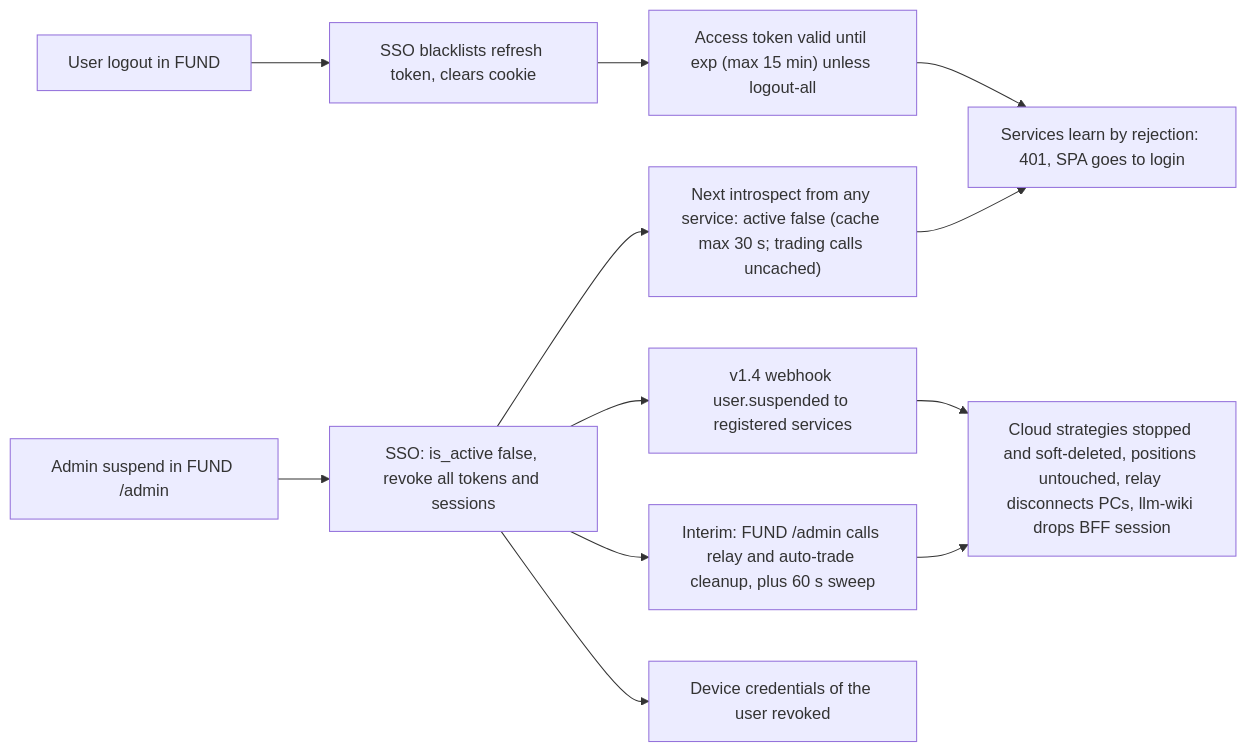
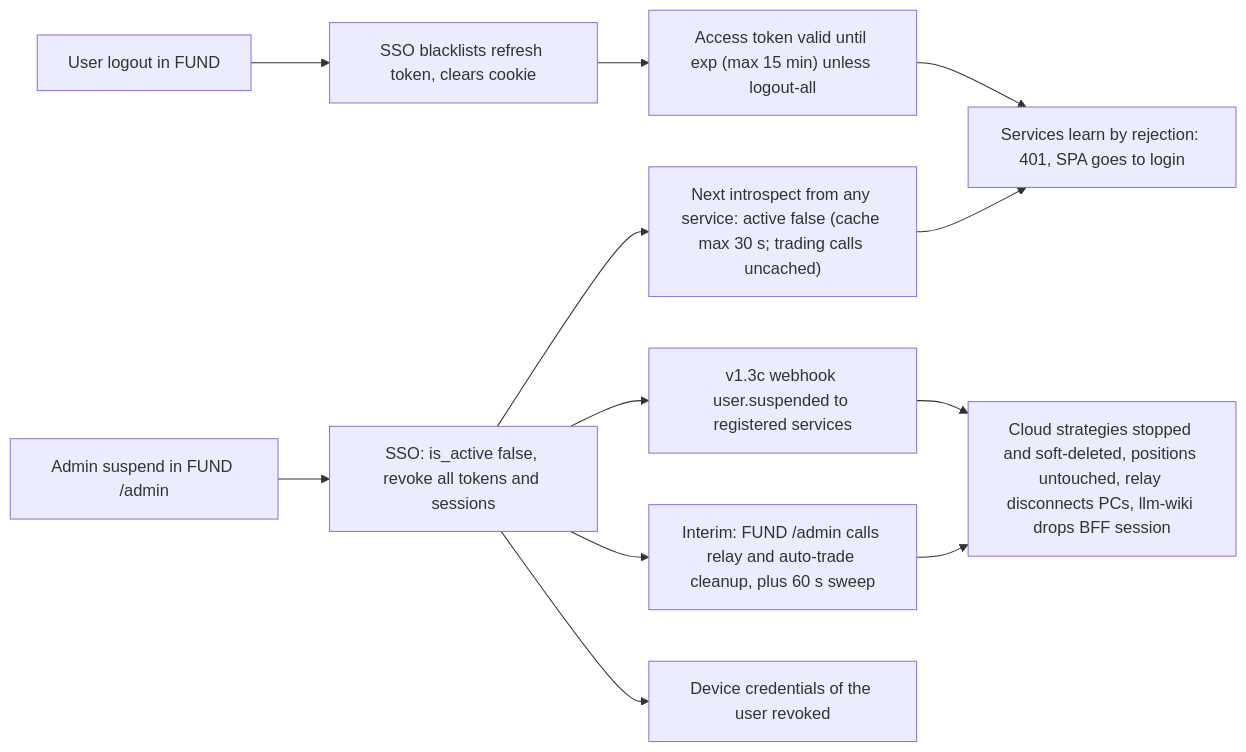
One commit to Neural-Matrix-LLC/SSO-server changed diagram 16 of 17 in docs/ECOSYSTEM-INTEGRATION.md. Above: the diagram before and after it, drawn with Mermaid. The commit also changed other lines of this file and 8 other files, not shown here.

````diff
--- a/docs/ECOSYSTEM-INTEGRATION.md
+++ b/docs/ECOSYSTEM-INTEGRATION.md
@@ -823,14 +828,14 @@
 ```mermaid
 flowchart LR
   L["User logout in FUND"] --> R1["SSO blacklists refresh token, clears cookie"]
   R1 --> R2["Access token valid until exp (max 15 min) unless logout-all"]
   S["Admin suspend in FUND /admin"] --> S1["SSO: is_active false, revoke all tokens and sessions"]
   S1 --> S2["Next introspect from any service: active false (cache max 30 s; trading calls uncached)"]
-  S1 --> S3["v1.4 webhook user.suspended to registered services"]
+  S1 --> S3["v1.3c webhook user.suspended to registered services"]
   S1 --> S5["Interim: FUND /admin calls relay and auto-trade cleanup, plus 60 s sweep"]
   S1 --> S6["Device credentials of the user revoked"]
   S3 --> S4["Cloud strategies stopped and soft-deleted, positions untouched, relay disconnects PCs, llm-wiki drops BFF session"]
   S5 --> S4
   R2 --> X["Services learn by rejection: 401, SPA goes to login"]
   S2 --> X
 ```
````
